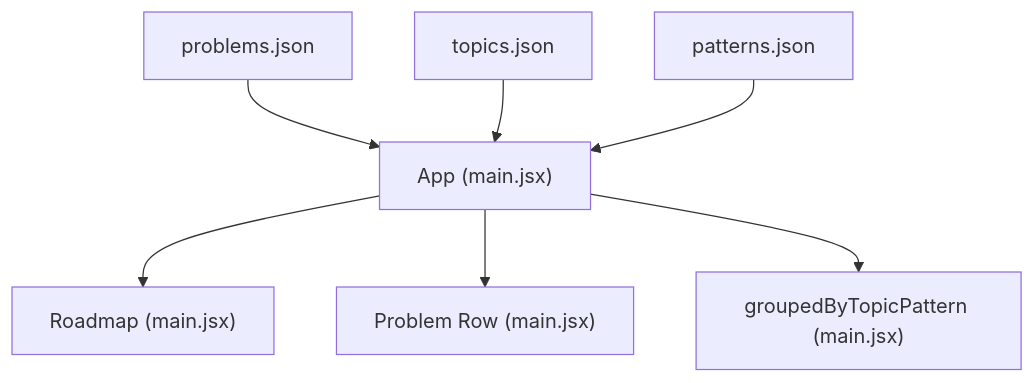
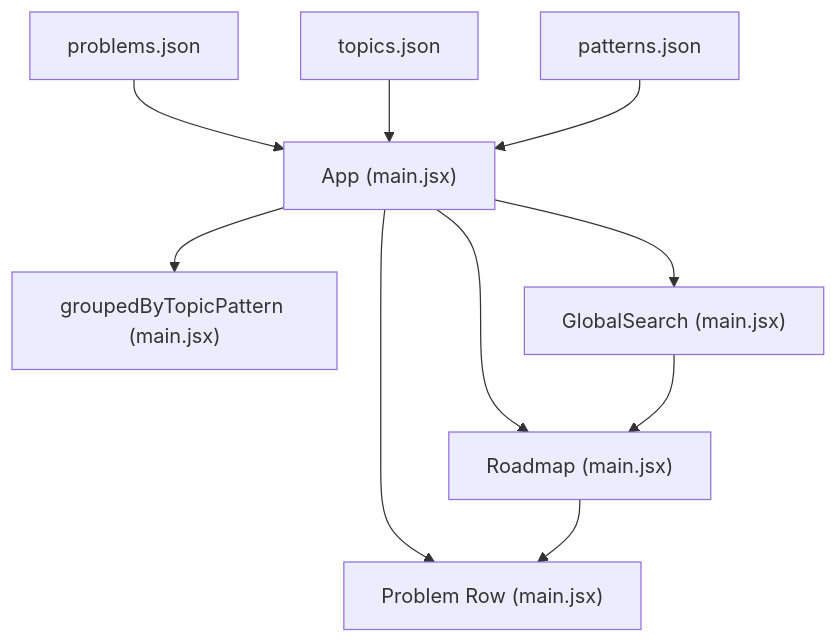
The first of 10 diagrams in .qoder/repowiki/en/content/Frontend Application/Roadmap Component.md (iamrituraj/DSA-Tracker), drawn with Mermaid before and after one commit. The commit also changed other lines of this file and 8 other files, not shown here.

````diff
--- a/.qoder/repowiki/en/content/Frontend Application/Roadmap Component.md
+++ b/.qoder/repowiki/en/content/Frontend Application/Roadmap Component.md
@@ -36,9 +39,12 @@
 ```mermaid
 graph TB
 A["App (main.jsx)"] --> B["Roadmap (main.jsx)"]
 A --> C["Problem Row (main.jsx)"]
 A --> D["groupedByTopicPattern (main.jsx)"]
-E["problems.json"] --> A
-F["topics.json"] --> A
-G["patterns.json"] --> A
+A --> E["GlobalSearch (main.jsx)"]
+F["problems.json"] --> A
+G["topics.json"] --> A
+H["patterns.json"] --> A
+E --> B
+B --> C
 ```
````
